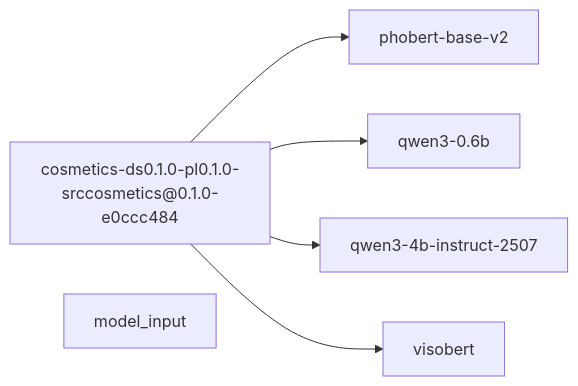
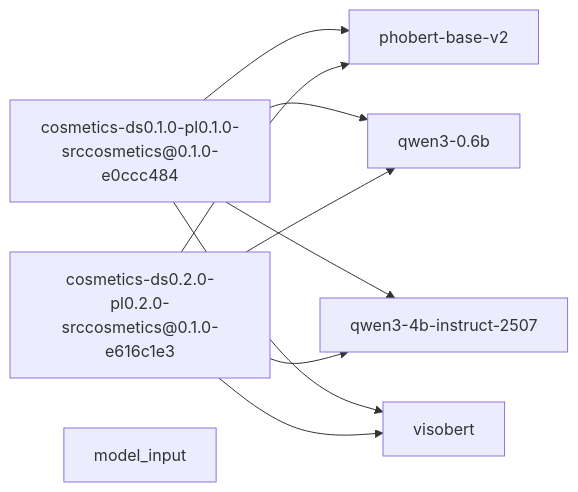
The diagram in data/reports/model_input/model_input.md (TrieuKhac-dev/SentimentX), drawn with Mermaid before and after one commit. The commit also changed 56 other files, not shown here.

````diff
--- a/data/reports/model_input/model_input.md
+++ b/data/reports/model_input/model_input.md
@@ -3,13 +3,18 @@
 ```mermaid
 graph LR
   n1["cosmetics-ds0.1.0-pl0.1.0-srccosmetics@0.1.0-e0ccc484"]
   n2["phobert-base-v2"]
   n3["qwen3-0.6b"]
   n4["qwen3-4b-instruct-2507"]
   n5["visobert"]
-  n6["model_input"]
+  n6["cosmetics-ds0.2.0-pl0.2.0-srccosmetics@0.1.0-e616c1e3"]
+  n7["model_input"]
   n1 --> n2
   n1 --> n3
   n1 --> n4
   n1 --> n5
+  n6 --> n2
+  n6 --> n3
+  n6 --> n4
+  n6 --> n5
 ```
````
